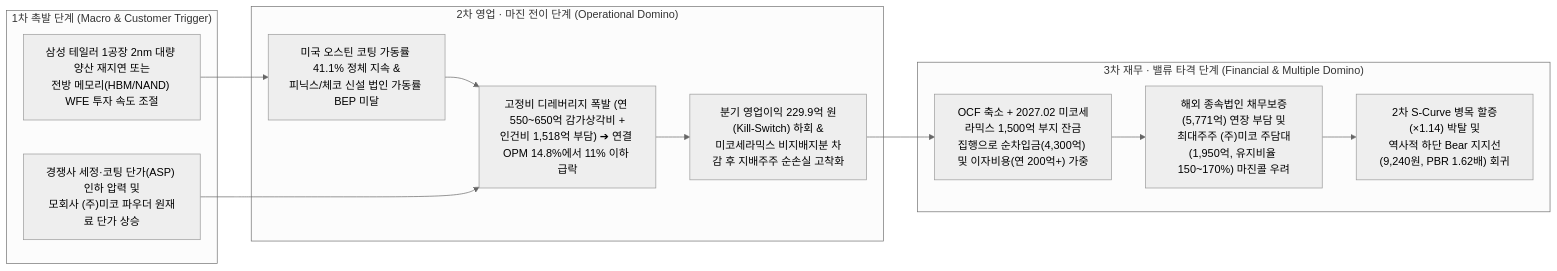
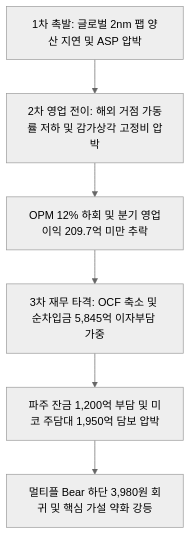
The second of 2 diagrams in Stock_Research/코미코/3_Final_Reports/Phase1_Report.md (eve830521-cmd/my-skill-ver.5), drawn with Mermaid (neutral theme) before and after one commit. The commit also changed other lines of this file and 308 other files, not shown here.

````diff
--- a/Stock_Research/코미코/3_Final_Reports/Phase1_Report.md
+++ b/Stock_Research/코미코/3_Final_Reports/Phase1_Report.md
@@ -305,22 +176,8 @@
 ```mermaid
-flowchart LR
-    subgraph S1["1차 촉발 단계 (Macro & Customer Trigger)"]
-        T1["삼성 테일러 1공장 2nm 대량 양산 재지연 또는<br/>전방 메모리(HBM/NAND) WFE 투자 속도 조절"]
-        T2["경쟁사 세정·코팅 단가(ASP) 인하 압력 및<br/>모회사 (주)미코 파우더 원재료 단가 상승"]
-    end
-
-    subgraph S2["2차 영업 · 마진 전이 단계 (Operational Domino)"]
-        O1["미국 오스틴 코팅 가동률 41.1% 정체 지속 &<br/>피닉스/체코 신설 법인 가동률 BEP 미달"]
-        O2["고정비 디레버리지 폭발 (연 550~650억 감가상각비 +<br/>인건비 1,518억 부담) ➔ 연결 OPM 14.8%에서 11% 이하 급락"]
-        O3["분기 영업이익 229.9억 원(Kill-Switch) 하회 &<br/>미코세라믹스 비지배지분 차감 후 지배주주 순손실 고착화"]
-    end
-
-    subgraph S3["3차 재무 · 밸류 타격 단계 (Financial & Multiple Domino)"]
-        F1["OCF 축소 + 2027.02 미코세라믹스 1,500억 부지 잔금<br/>집행으로 순차입금(4,300억) 및 이자비용(연 200억+) 가중"]
-        F2["해외 종속법인 채무보증(5,771억) 연장 부담 및<br/>최대주주 (주)미코 주담대(1,950억, 유지비율 150~170%) 마진콜 우려"]
-        F3["2차 S-Curve 병목 할증(×1.14) 박탈 및<br/>역사적 하단 Bear 지지선(9,240원, PBR 1.62배) 회귀"]
-    end
-
-    T1 --> O1 --> O2 --> O3 --> F1 --> F2 --> F3
-    T2 --> O2
+flowchart TD
+    t1["1차 촉발: 글로벌 2nm 팹 양산 지연 및 ASP 압박"] --> t2["2차 영업 전이: 해외 거점 가동률 저하 및 감가상각 고정비 압박"]
+    t2 --> t3["OPM 12% 하회 및 분기 영업이익 209.7억 미만 추락"]
+    t3 --> f1["3차 재무 타격: OCF 축소 및 순차입금 5,845억 이자부담 가중"]
+    f1 --> f2["파주 잔금 1,200억 부담 및 미코 주담대 1,950억 담보 압박"]
+    f2 --> f3["멀티플 Bear 하단 3,980원 회귀 및 핵심 가설 약화 강등"]
 ```
````
